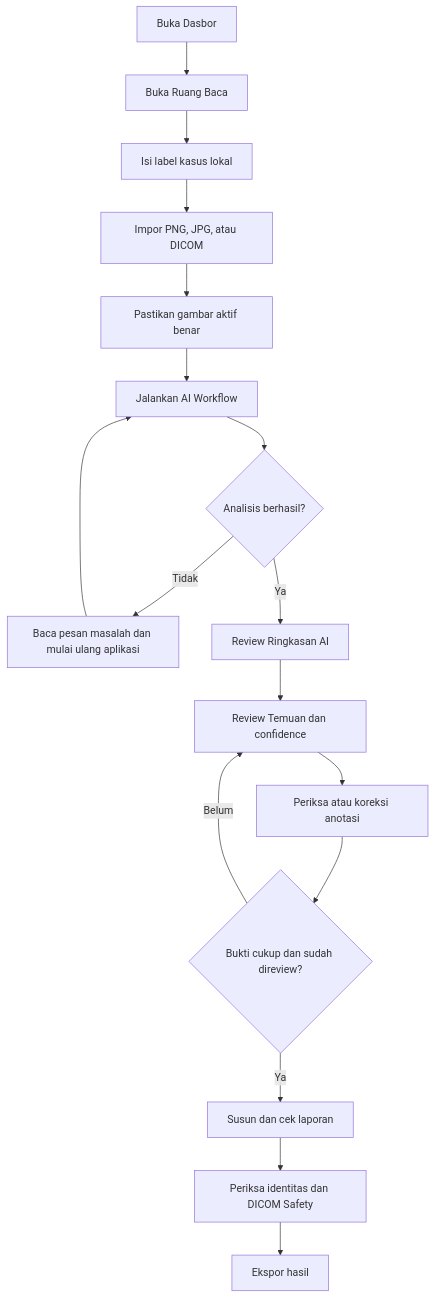
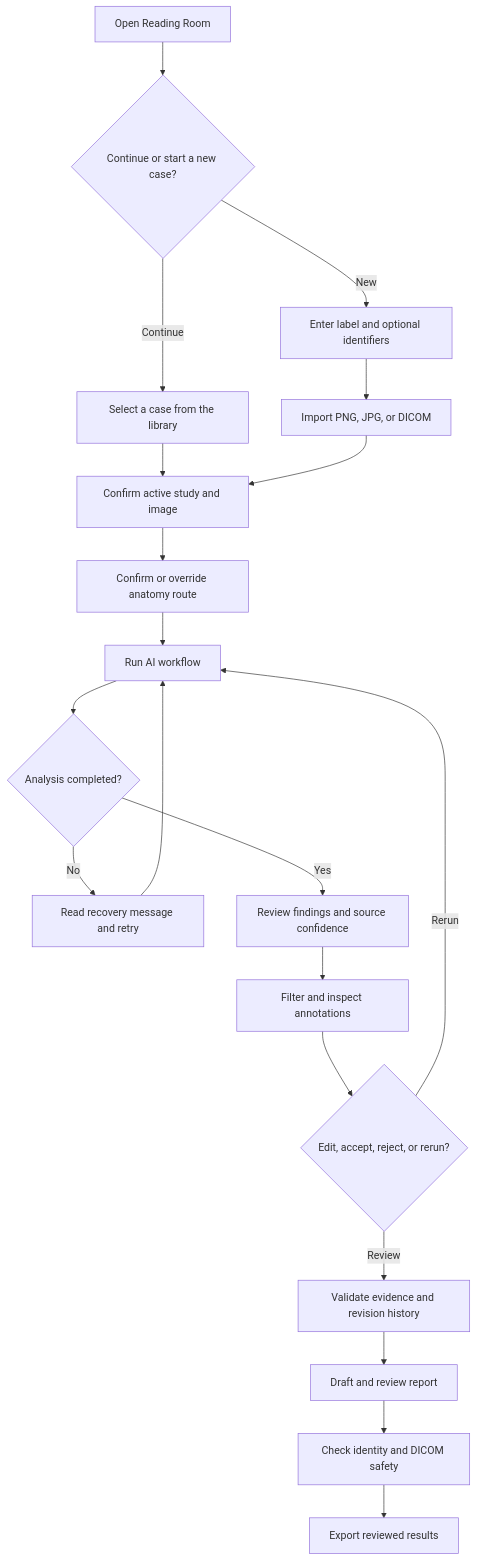
Before and after one commit to Halo1211/medray-workspace-v2: the second of 3 diagrams in docs/GUI_REDESIGN_AND_FLOW.md, drawn with Mermaid. The commit also changed other lines of this file and 91 other files, not shown here.

````diff
--- a/docs/GUI_REDESIGN_AND_FLOW.md
+++ b/docs/GUI_REDESIGN_AND_FLOW.md
@@ -73,19 +35,22 @@
 ```mermaid
 flowchart TD
-    A[Buka Dasbor] --> B[Buka Ruang Baca]
-    B --> C[Isi label kasus lokal]
-    C --> D[Impor PNG, JPG, atau DICOM]
-    D --> E[Pastikan gambar aktif benar]
-    E --> F[Jalankan AI Workflow]
-    F --> G{Analisis berhasil?}
-    G -->|Tidak| H[Baca pesan masalah dan mulai ulang aplikasi]
-    H --> F
-    G -->|Ya| I[Review Ringkasan AI]
-    I --> J[Review Temuan dan confidence]
-    J --> K[Periksa atau koreksi anotasi]
-    K --> L{Bukti cukup dan sudah direview?}
-    L -->|Belum| J
-    L -->|Ya| M[Susun dan cek laporan]
-    M --> N[Periksa identitas dan DICOM Safety]
-    N --> O[Ekspor hasil]
+    A[Open Reading Room] --> B{Continue or start a new case?}
+    B -->|New| C[Enter label and optional identifiers]
+    B -->|Continue| D[Select a case from the library]
+    C --> E[Import PNG, JPG, or DICOM]
+    D --> F[Confirm active study and image]
+    E --> F
+    F --> G[Confirm or override anatomy route]
+    G --> H[Run AI workflow]
+    H --> I{Analysis completed?}
+    I -->|No| J[Read recovery message and retry]
+    J --> H
+    I -->|Yes| K[Review findings and source confidence]
+    K --> L[Filter and inspect annotations]
+    L --> M{Edit, accept, reject, or rerun?}
+    M -->|Rerun| H
+    M -->|Review| N[Validate evidence and revision history]
+    N --> O[Draft and review report]
+    O --> P[Check identity and DICOM safety]
+    P --> Q[Export reviewed results]
 ```
````
